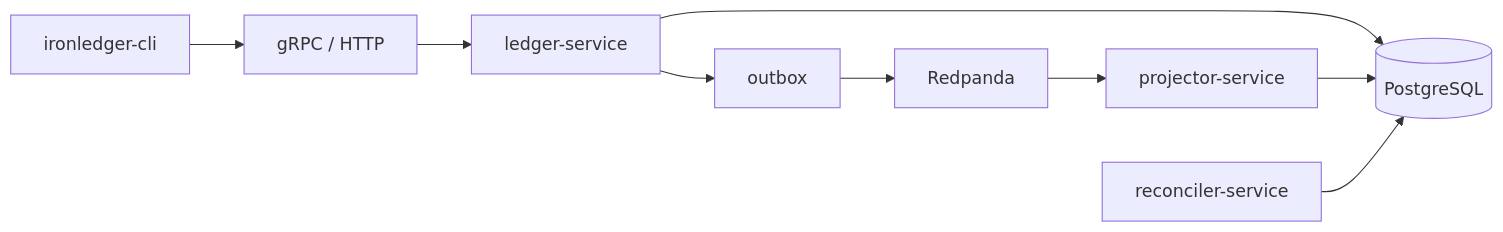
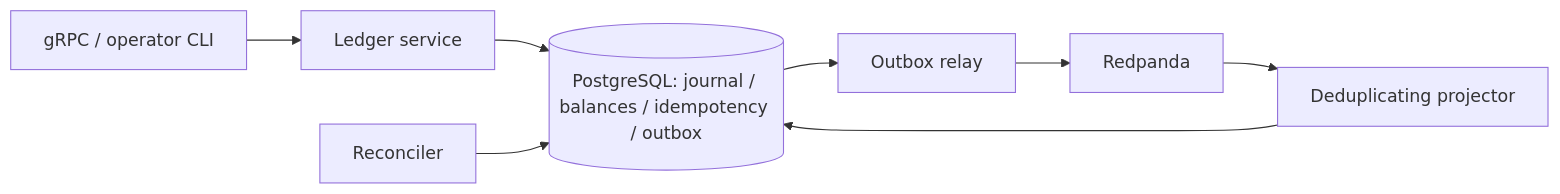
Before and after one commit to demis1997/IronLedger: the diagram in README.md, drawn with Mermaid. The commit also changed other lines of this file and 1 other file, not shown here.

Commit message:
docs: expose ledger evidence and reproducibility limits

````diff
--- a/README.md
+++ b/README.md
@@ -7,11 +15,10 @@
 ```mermaid
 flowchart LR
-  CLI[ironledger-cli] --> GRPC[gRPC / HTTP]
-  GRPC --> LS[ledger-service]
-  LS --> PG[(PostgreSQL)]
-  LS --> OB[outbox]
-  OB --> RP[Redpanda]
-  RP --> PS[projector-service]
-  PS --> PG
-  RS[reconciler-service] --> PG
+  Client[gRPC / operator CLI] --> Ledger[Ledger service]
+  Ledger --> PG[(PostgreSQL: journal / balances / idempotency / outbox)]
+  PG --> Relay[Outbox relay]
+  Relay --> Kafka[Redpanda]
+  Kafka --> Projector[Deduplicating projector]
+  Projector --> PG
+  Reconciler[Reconciler] --> PG
 ```
````
